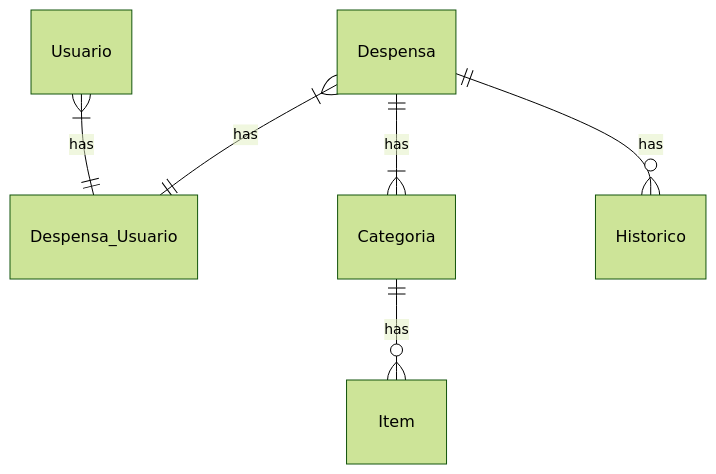
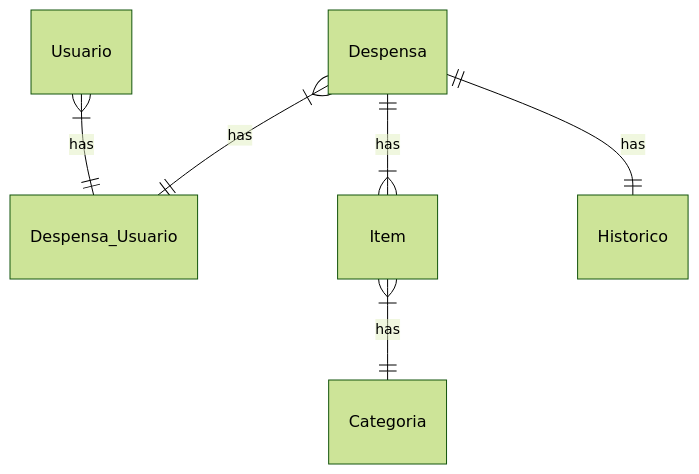
The first of 2 diagrams in docs/doc-modelos.md (daviddevolin/SigDespensa), drawn with Mermaid (forest theme) before and after one commit.

Commit message:
update diagram #54

````diff
--- a/docs/doc-modelos.md
+++ b/docs/doc-modelos.md
@@ -17,8 +17,8 @@
 ```mermaid
  erDiagram
     Usuario }|--||Despensa_Usuario : has
     Despensa }|--|| Despensa_Usuario : has
-    Despensa ||--|{ Categoria : has
-    Despensa ||--o{Historico : has
-    Categoria ||--o{ Item : has
+    Despensa ||--|{ Item : has
+    Despensa ||--||Historico : has
+    Item }|--|| Categoria : has
 ```
````
